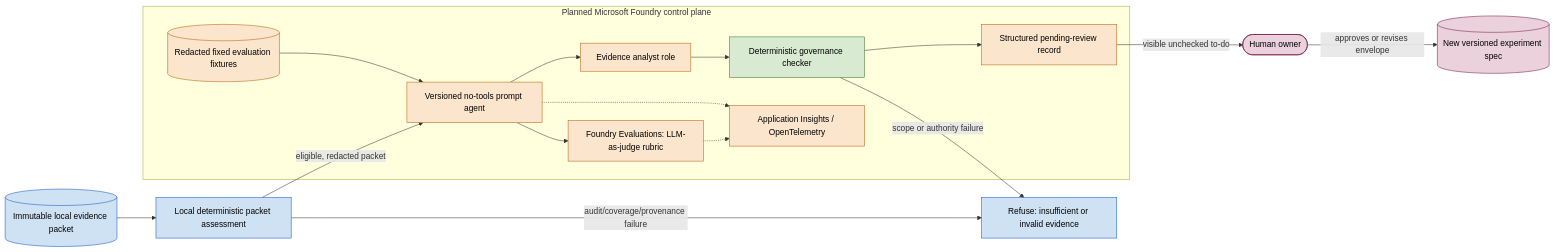
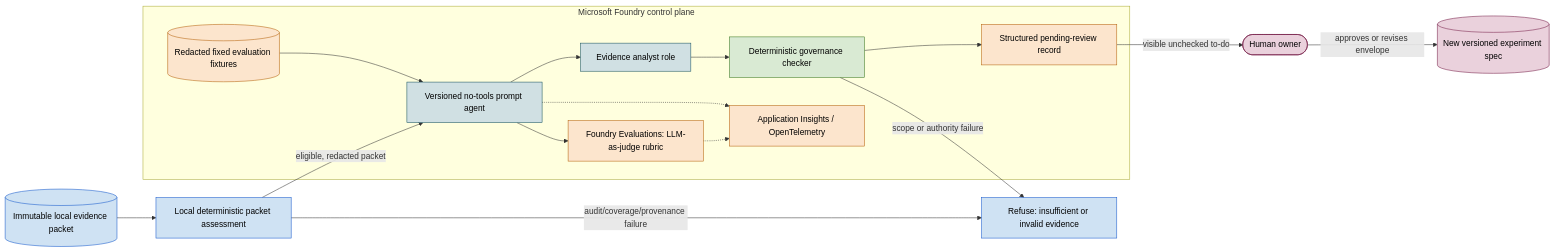
Before and after one commit to Applied-Agent-Works/foundry-trainer: the seventh of 7 diagrams in carrot-tuning-system/docs/architecture-diagrams.md, drawn with Mermaid. The commit also changed other lines of this file and 55 other files, not shown here.

````diff
--- a/carrot-tuning-system/docs/architecture-diagrams.md
+++ b/carrot-tuning-system/docs/architecture-diagrams.md
@@ -283,41 +283,43 @@
 ```mermaid
 flowchart LR
     Packet[(Immutable local evidence packet)]
     Assess[Local deterministic packet assessment]
     Stop[Refuse: insufficient or invalid evidence]
 
-    subgraph Foundry[Planned Microsoft Foundry control plane]
+    subgraph Foundry[Microsoft Foundry control plane]
         Workflow[Versioned no-tools prompt agent]
         Analyst[Evidence analyst role]
         Gate[Deterministic governance checker]
         Review[Structured pending-review record]
         EvalSet[(Redacted fixed evaluation fixtures)]
         Judge[Foundry Evaluations: LLM-as-judge rubric]
         Trace[Application Insights / OpenTelemetry]
 
         Workflow --> Analyst --> Gate --> Review
         EvalSet --> Workflow
         Workflow --> Judge
         Workflow -.-> Trace
         Judge -.-> Trace
     end
 
     Human([Human owner])
     NextSpec[(New versioned experiment spec)]
 
     Packet --> Assess
     Assess -->|eligible, redacted packet| Workflow
     Assess -->|audit/coverage/provenance failure| Stop
     Gate -->|scope or authority failure| Stop
     Review -->|visible unchecked to-do| Human
     Human -->|approves or revises envelope| NextSpec
 
     classDef local fill:#cfe2f3,stroke:#1155cc,color:#000;
     classDef deterministic fill:#d9ead3,stroke:#38761d,color:#000;
+    classDef deployed fill:#d0e0e3,stroke:#134f5c,color:#000;
     classDef planned fill:#fce5cd,stroke:#b45f06,color:#000;
     classDef human fill:#ead1dc,stroke:#741b47,color:#000;
     class Packet,Assess,Stop local;
     class Gate deterministic;
-    class Workflow,Analyst,Planner,Review,EvalSet,Judge,Trace planned;
+    class Workflow,Analyst deployed;
+    class Review,EvalSet,Judge,Trace planned;
     class Human,NextSpec human;
 ```
````
